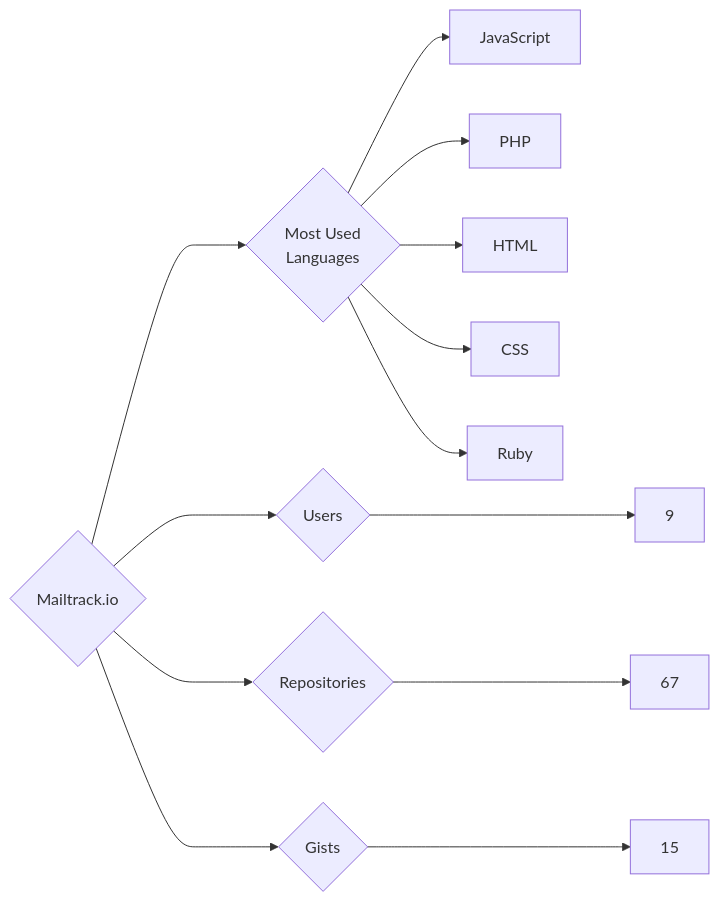
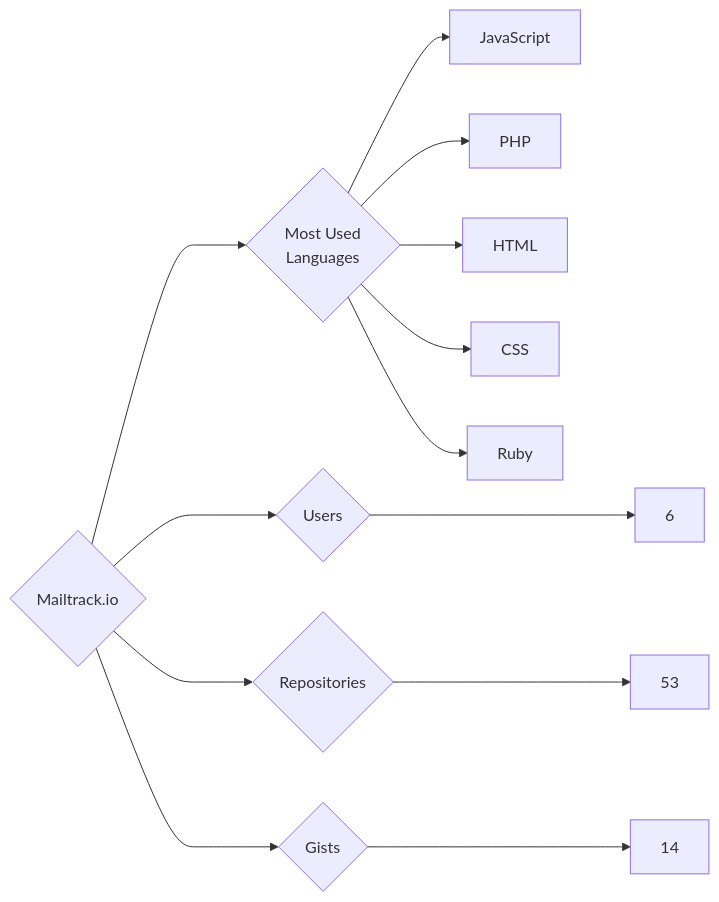
Before and after one commit to trickest/insiders: the diagram in targets/Mailtrack.io/README.md, drawn with Mermaid. The commit also changed 1508 other files, not shown here.

````diff
--- a/targets/Mailtrack.io/README.md
+++ b/targets/Mailtrack.io/README.md
@@ -3,13 +3,13 @@
 ```mermaid
 graph LR
 COMPANY_NAME{Mailtrack.io}
-COMPANY_NAME ---> U{Users} ---> UN[9]
-COMPANY_NAME ---> R{Repositories} ---> RN[67]
-COMPANY_NAME ---> G{Gists} ---> GN[15]
+COMPANY_NAME ---> U{Users} ---> UN[6]
+COMPANY_NAME ---> R{Repositories} ---> RN[53]
+COMPANY_NAME ---> G{Gists} ---> GN[14]
 COMPANY_NAME ---> ML{Most Used<br>Languages}
 ML --> JavaScript[JavaScript]
 ML --> PHP[PHP]
 ML --> HTML[HTML]
 ML --> CSS[CSS]
 ML --> Ruby[Ruby]
 ```
````
